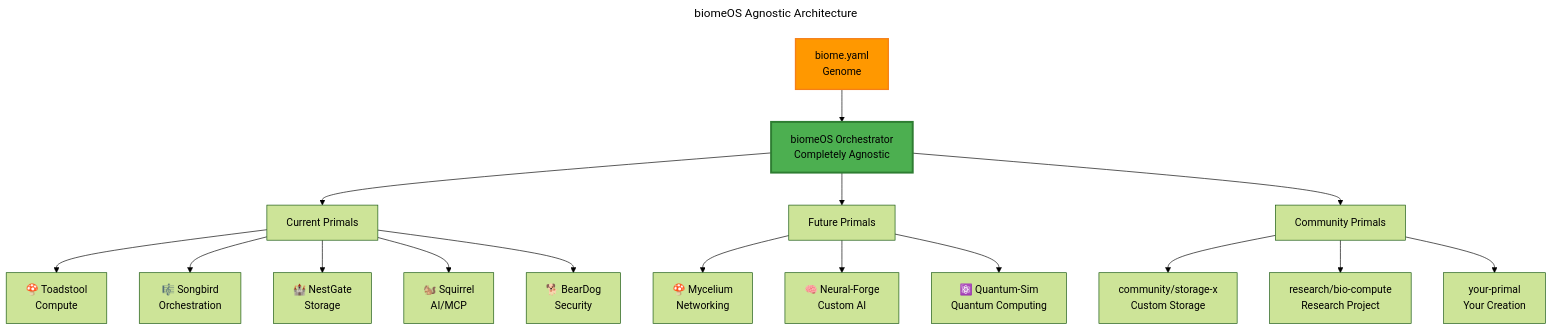
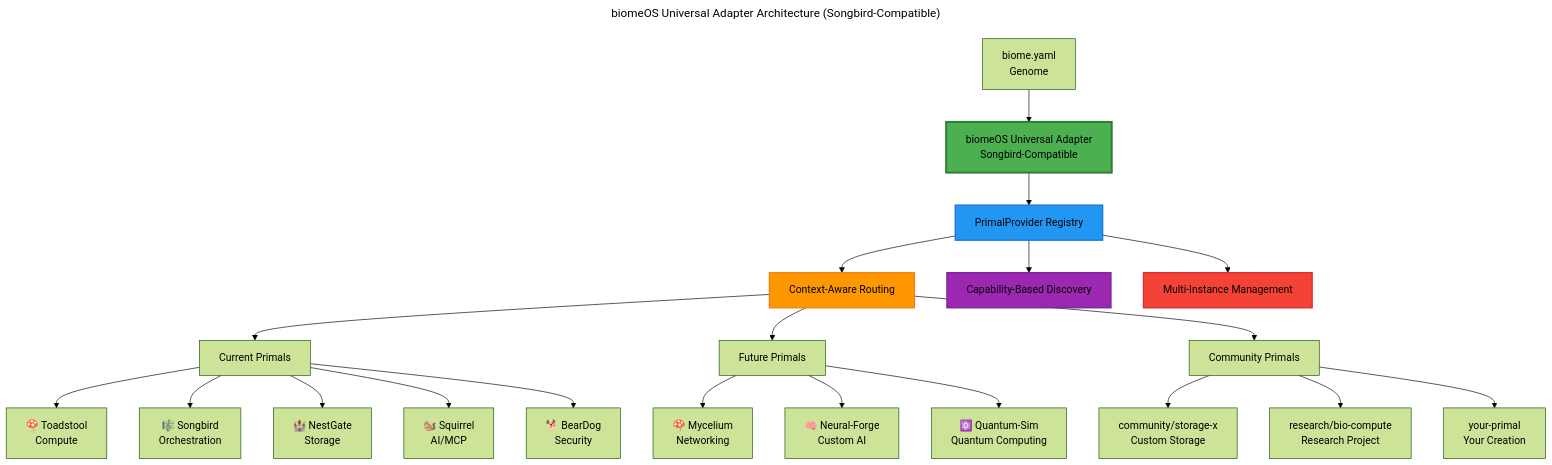
One commit to ecoPrimals/biomeOS changed the diagram in README.md. Above: the diagram before and after it, drawn with Mermaid (forest theme). The commit also changed other lines of this file and 189 other files, not shown here.

````diff
--- a/README.md
+++ b/README.md
@@ -18,28 +112,36 @@
 ```mermaid
 ---
-title: biomeOS Agnostic Architecture
+title: biomeOS Universal Adapter Architecture (Songbird-Compatible)
 ---
 graph TD
-    A[biome.yaml<br/>Genome] --> B[biomeOS Orchestrator<br/>Completely Agnostic]
+    A[biome.yaml<br/>Genome] --> B[biomeOS Universal Adapter<br/>Songbird-Compatible]
     
-    B --> C[Current Primals]
-    B --> D[Future Primals]
-    B --> E[Community Primals]
+    B --> C[PrimalProvider Registry]
+    C --> D[Context-Aware Routing]
+    C --> E[Capability-Based Discovery]
+    C --> F[Multi-Instance Management]
     
-    C --> C1[🍄 Toadstool<br/>Compute]
-    C --> C2[🎼 Songbird<br/>Orchestration]
-    C --> C3[🏰 NestGate<br/>Storage]
-    C --> C4[🐿️ Squirrel<br/>AI/MCP]
-    C --> C5[🐕 BearDog<br/>Security]
+    D --> G[Current Primals]
+    D --> H[Future Primals]
+    D --> I[Community Primals]
     
-    D --> D1[🍄 Mycelium<br/>Networking]
-    D --> D2[🧠 Neural-Forge<br/>Custom AI]
-    D --> D3[⚛️ Quantum-Sim<br/>Quantum Computing]
+    G --> G1[🍄 Toadstool<br/>Compute]
+    G --> G2[🎼 Songbird<br/>Orchestration]
+    G --> G3[🏰 NestGate<br/>Storage]
+    G --> G4[🐿️ Squirrel<br/>AI/MCP]
+    G --> G5[🐕 BearDog<br/>Security]
     
-    E --> E1[community/storage-x<br/>Custom Storage]
-    E --> E2[research/bio-compute<br/>Research Project]
-    E --> E3[your-primal<br/>Your Creation]
+    H --> H1[🍄 Mycelium<br/>Networking]
+    H --> H2[🧠 Neural-Forge<br/>Custom AI]
+    H --> H3[⚛️ Quantum-Sim<br/>Quantum Computing]
+    
+    I --> I1[community/storage-x<br/>Custom Storage]
+    I --> I2[research/bio-compute<br/>Research Project]
+    I --> I3[your-primal<br/>Your Creation]
     
     style B fill:#4CAF50,stroke:#2E7D32,stroke-width:3px
-    style A fill:#FF9800,stroke:#F57F17,stroke-width:2px
+    style C fill:#2196F3,stroke:#1976D2,stroke-width:2px
+    style D fill:#FF9800,stroke:#F57F17,stroke-width:2px
+    style E fill:#9C27B0,stroke:#7B1FA2,stroke-width:2px
+    style F fill:#F44336,stroke:#D32F2F,stroke-width:2px
 ```
````
